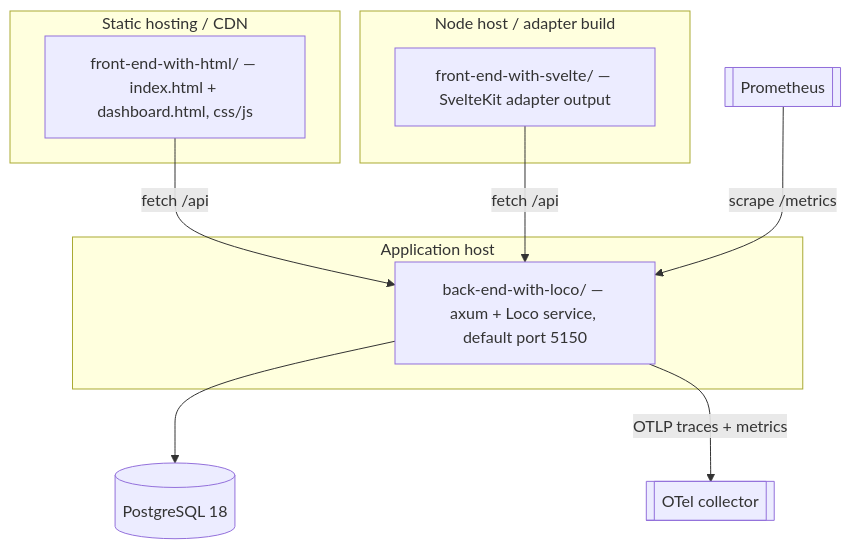
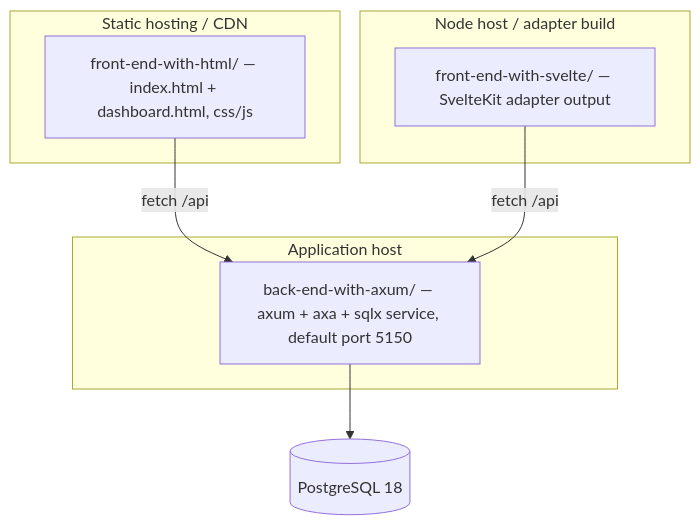
One commit to FormExamples/form-examples changed the diagram in arc42/07-deployment-view.md. Above: the diagram before and after it, drawn with Mermaid. The commit also changed other lines of this file and 68785 other files, not shown here.

First line of the commit message:
Replace the Loco back ends with Axum and axa

````diff
--- a/arc42/07-deployment-view.md
+++ b/arc42/07-deployment-view.md
@@ -18,21 +18,17 @@
 ```mermaid
 flowchart TD
   subgraph static[Static hosting / CDN]
     html[front-end-with-html/ — index.html + dashboard.html, css/js]
   end
   subgraph node[Node host / adapter build]
     svelte[front-end-with-svelte/ — SvelteKit adapter output]
   end
   subgraph service[Application host]
-    loco[back-end-with-loco/ — axum + Loco service, default port 5150]
+    axum[back-end-with-axum/ — axum + axa + sqlx service, default port 5150]
   end
   pg[(PostgreSQL 18)]
-  otel[[OTel collector]]
-  prom[[Prometheus]]
 
-  html -->|fetch /api| loco
-  svelte -->|fetch /api| loco
-  loco --> pg
-  loco -->|OTLP traces + metrics| otel
-  prom -->|scrape /metrics| loco
+  html -->|fetch /api| axum
+  svelte -->|fetch /api| axum
+  axum --> pg
 ```
````
